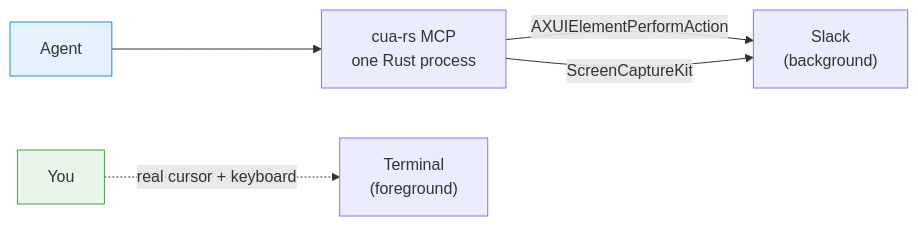
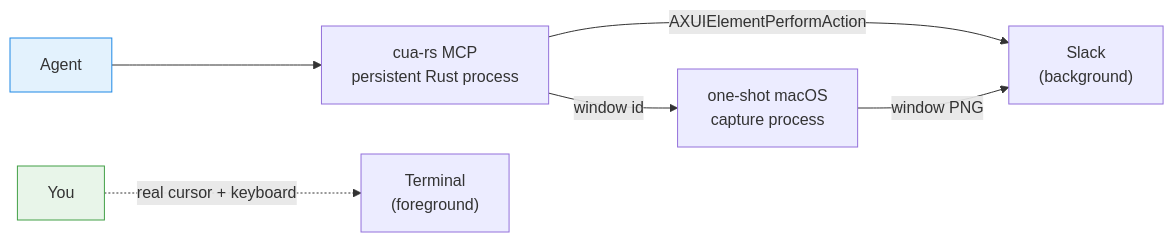
The diagram in README.md (maestrojeong/cua-rs-mcp), drawn with Mermaid before and after one commit. The commit also changed other lines of this file and 20 other files, not shown here.

Commit message:
Upgrade native CUA control and capture reliability

````diff
--- a/README.md
+++ b/README.md
@@ -25,9 +22,10 @@
 ```mermaid
 flowchart LR
-    A["Agent"] --> M["cua-rs MCP<br/>one Rust process"]
+    A["Agent"] --> M["cua-rs MCP<br/>persistent Rust process"]
     M -->|"AXUIElementPerformAction"| S["Slack<br/>(background)"]
-    M -->|"ScreenCaptureKit"| S
+    M -->|"window id"| C["one-shot macOS<br/>capture process"]
+    C -->|"window PNG"| S
     H["You"] -.->|"real cursor + keyboard"| T["Terminal<br/>(foreground)"]
     style H fill:#e8f5e9,stroke:#43a047
     style A fill:#e3f2fd,stroke:#1e88e5
 ```
````
